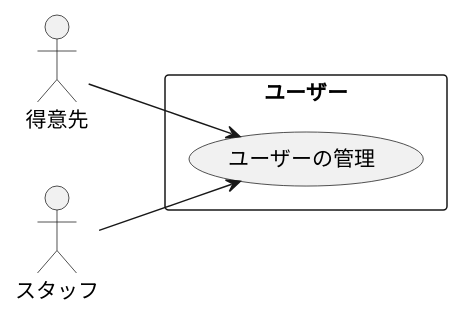
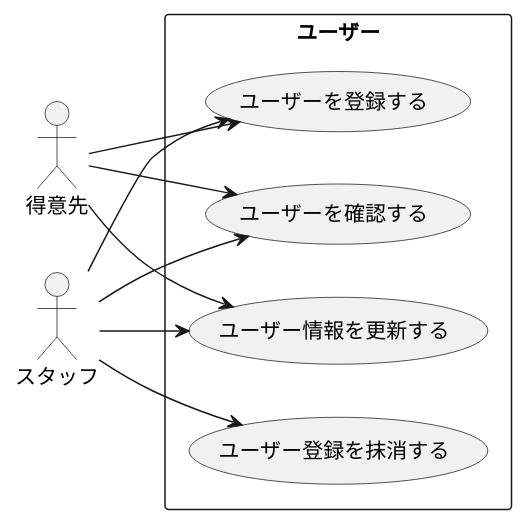
Before and after one commit to k2works/application_programing_excercise_2022: diagram 44 of 47 in docs/index.adoc, drawn with PlantUML. The commit also changed other lines of this file, not shown here.

Commit message:
docs: ユースケース

```diff
--- a/docs/index.adoc
+++ b/docs/index.adoc
@@ -1374,13 +1374,21 @@
 [plantuml]
 ----
 @startuml
 left to right direction
 actor "得意先" as customer
 actor "スタッフ" as staff
 rectangle ユーザー {
-usecase "ユーザーの管理" as UC1
+usecase "ユーザーを登録する" as UC1
+usecase "ユーザーを確認する" as UC2
+usecase "ユーザー情報を更新する" as UC3
+usecase "ユーザー登録を抹消する" as UC4
 }
 customer --> UC1
+customer --> UC2
+customer --> UC3
 staff --> UC1
+staff --> UC2
+staff --> UC3
+staff --> UC4
 @enduml
 ----
```
